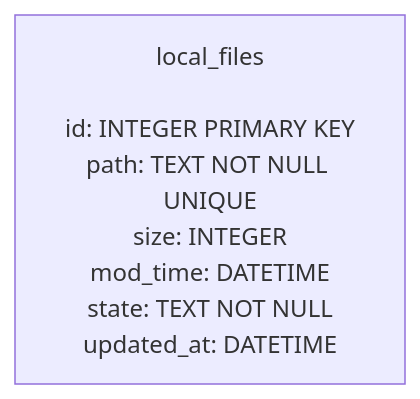
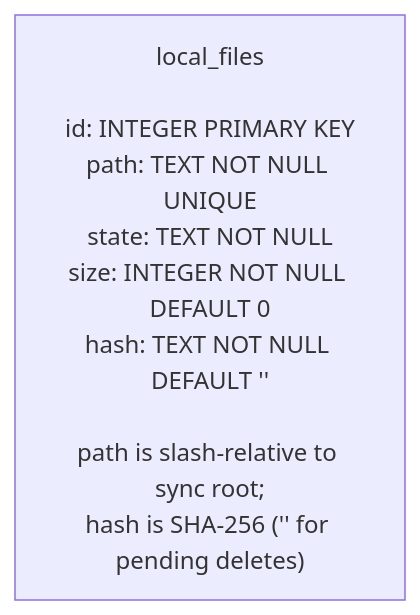
One commit to ShivangNagta/data_sync changed the diagram in docs/schema/local_files.mmd. Above: the diagram before and after it, drawn with Mermaid. The commit also changed 11 other files, not shown here.

```diff
--- a/docs/schema/local_files.mmd
+++ b/docs/schema/local_files.mmd
@@ -1,2 +1,2 @@
 flowchart TB
-    LF["local_files<br/><br/>id: INTEGER PRIMARY KEY<br/>path: TEXT NOT NULL UNIQUE<br/>size: INTEGER<br/>mod_time: DATETIME<br/>state: TEXT NOT NULL<br/>updated_at: DATETIME"]
+    LF["local_files<br/><br/>id: INTEGER PRIMARY KEY<br/>path: TEXT NOT NULL UNIQUE<br/>state: TEXT NOT NULL<br/>size: INTEGER NOT NULL DEFAULT 0<br/>hash: TEXT NOT NULL DEFAULT ''<br/><br/>path is slash-relative to sync root;<br/>hash is SHA-256 ('' for pending deletes)"]
```
